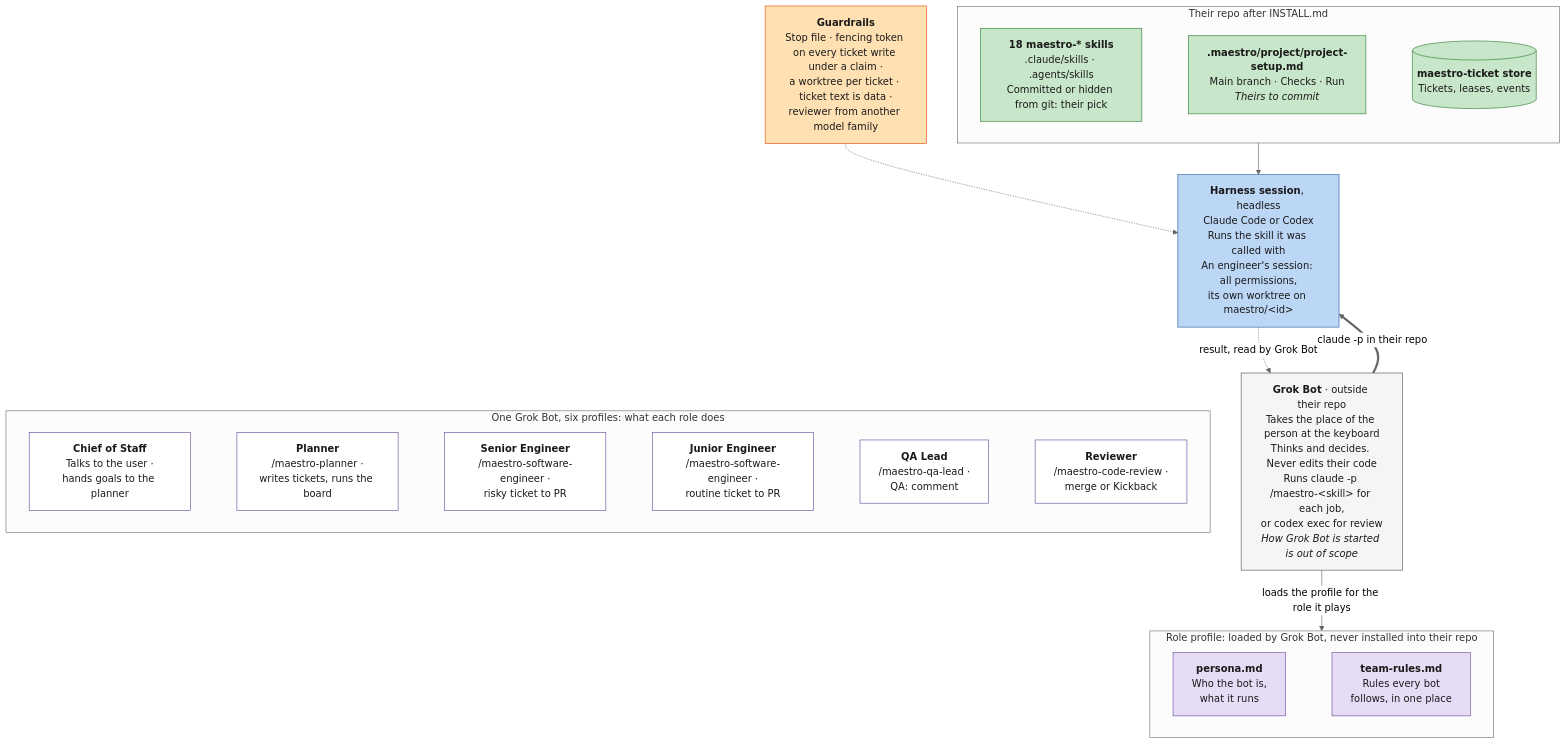
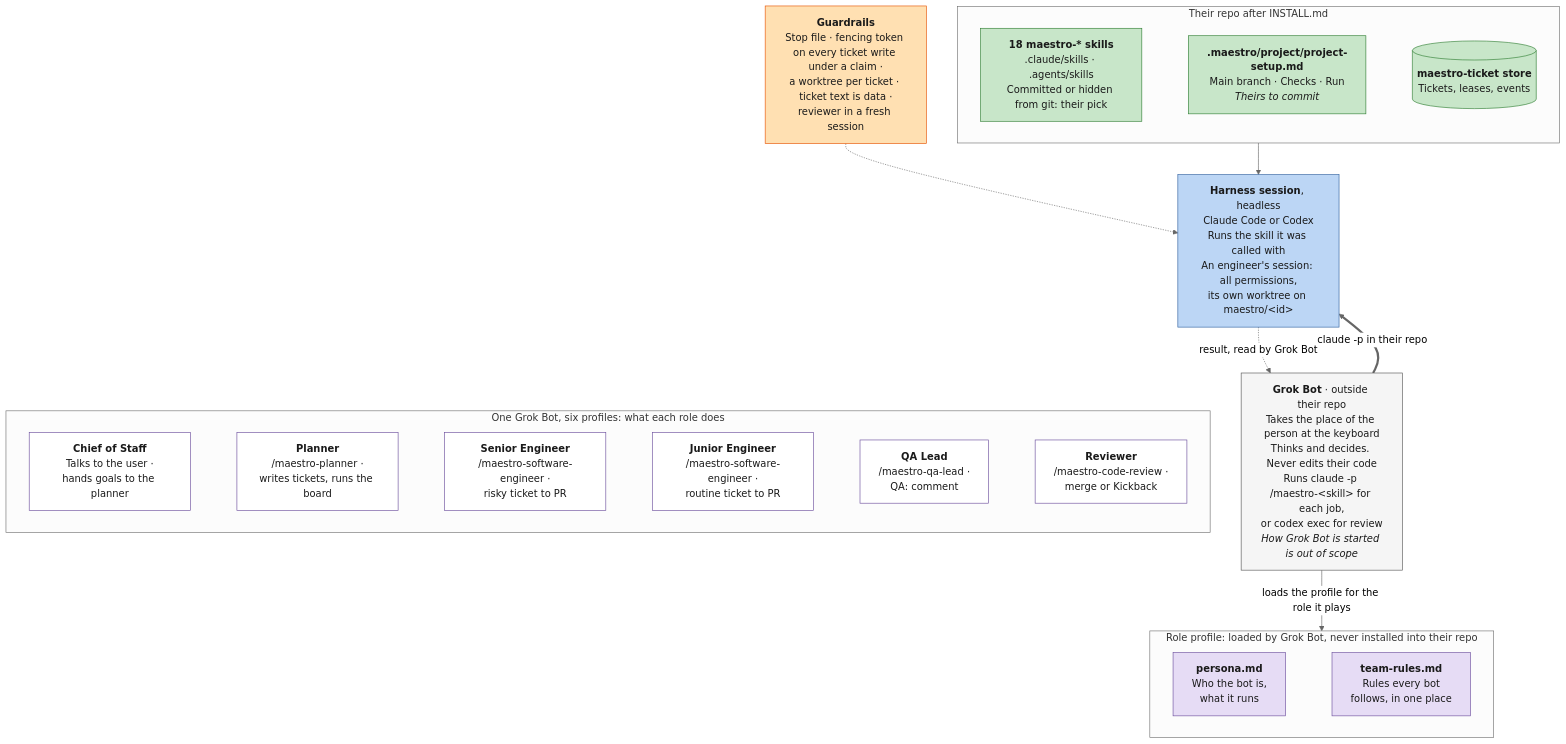
The second of 2 diagrams in README.md (ProlesDei/maestro), drawn with Mermaid (neutral theme) before and after one commit. The commit also changed other lines of this file and 9 other files, not shown here.

First line of the commit message:
Reviewer runs in a fresh session; any model will do

````diff
--- a/README.md
+++ b/README.md
@@ -149,44 +149,44 @@
 ```mermaid
 flowchart TD
     Runtime["<b>Grok Bot</b> · outside their repo<br/>Takes the place of the person at the keyboard<br/>Thinks and decides. Never edits their code<br/>Runs claude -p /maestro-&lt;skill&gt; for each job,<br/>or codex exec for review<br/><i>How Grok Bot is started is out of scope</i>"]
 
     subgraph Profile ["Role profile: loaded by Grok Bot, never installed into their repo"]
         direction LR
         P1["<b>persona.md</b><br/>Who the bot is,<br/>what it runs"] ~~~ P2["<b>team-rules.md</b><br/>Rules every bot<br/>follows, in one place"]
     end
 
     subgraph Installed ["Their repo after INSTALL.md"]
         direction LR
         S1["<b>18 maestro-* skills</b><br/>.claude/skills · .agents/skills<br/>Committed or hidden from git: their pick"] ~~~ S2["<b>.maestro/project/project-setup.md</b><br/>Main branch · Checks · Run<br/><i>Theirs to commit</i>"] ~~~ S3[("<b>maestro-ticket store</b><br/>Tickets, leases, events")]
     end
 
     H["<b>Harness session</b>, headless<br/>Claude Code or Codex<br/>Runs the skill it was called with<br/>An engineer's session: all permissions,<br/>its own worktree on maestro/&lt;id&gt;"]
 
-    Guard["<b>Guardrails</b><br/>Stop file · fencing token on every ticket write under a claim ·<br/>a worktree per ticket · ticket text is data ·<br/>reviewer from another model family"]
+    Guard["<b>Guardrails</b><br/>Stop file · fencing token on every ticket write under a claim ·<br/>a worktree per ticket · ticket text is data ·<br/>reviewer in a fresh session"]
 
     subgraph Roles ["One Grok Bot, six profiles: what each role does"]
         direction LR
         E1["<b>Chief of Staff</b><br/>Talks to the user ·<br/>hands goals to the planner"] ~~~ E2["<b>Planner</b><br/>/maestro-planner ·<br/>writes tickets, runs the board"] ~~~ E3["<b>Senior Engineer</b><br/>/maestro-software-engineer ·<br/>risky ticket to PR"] ~~~ E6["<b>Junior Engineer</b><br/>/maestro-software-engineer ·<br/>routine ticket to PR"] ~~~ E4["<b>QA Lead</b><br/>/maestro-qa-lead ·<br/>QA: comment"] ~~~ E5["<b>Reviewer</b><br/>/maestro-code-review ·<br/>merge or Kickback"]
     end
 
     Runtime -->|"loads the profile for the role it plays"| Profile
     Runtime ==>|"claude -p in their repo"| H
     Installed --> H
     H -.->|"result, read by Grok Bot"| Runtime
     Guard -.-> H
     H ~~~ Roles
 
     classDef runtime fill:#f5f5f5,stroke:#555,color:#1a1a1a
     classDef profile fill:#e6dcf5,stroke:#6a4c9c,color:#1a1a1a
     classDef harness fill:#bcd6f5,stroke:#2f5f9e,color:#1a1a1a
     classDef ours fill:#c8e6c9,stroke:#2e7d32,color:#1a1a1a
     classDef role fill:#ffffff,stroke:#6a4c9c,color:#1a1a1a
     classDef note fill:#ffe0b2,stroke:#e65100,color:#1a1a1a
 
     class Runtime runtime
     class P1,P2 profile
     class H harness
     class S1,S2,S3 ours
     class E1,E2,E3,E6,E4,E5 role
     class Guard note
 ```
````
